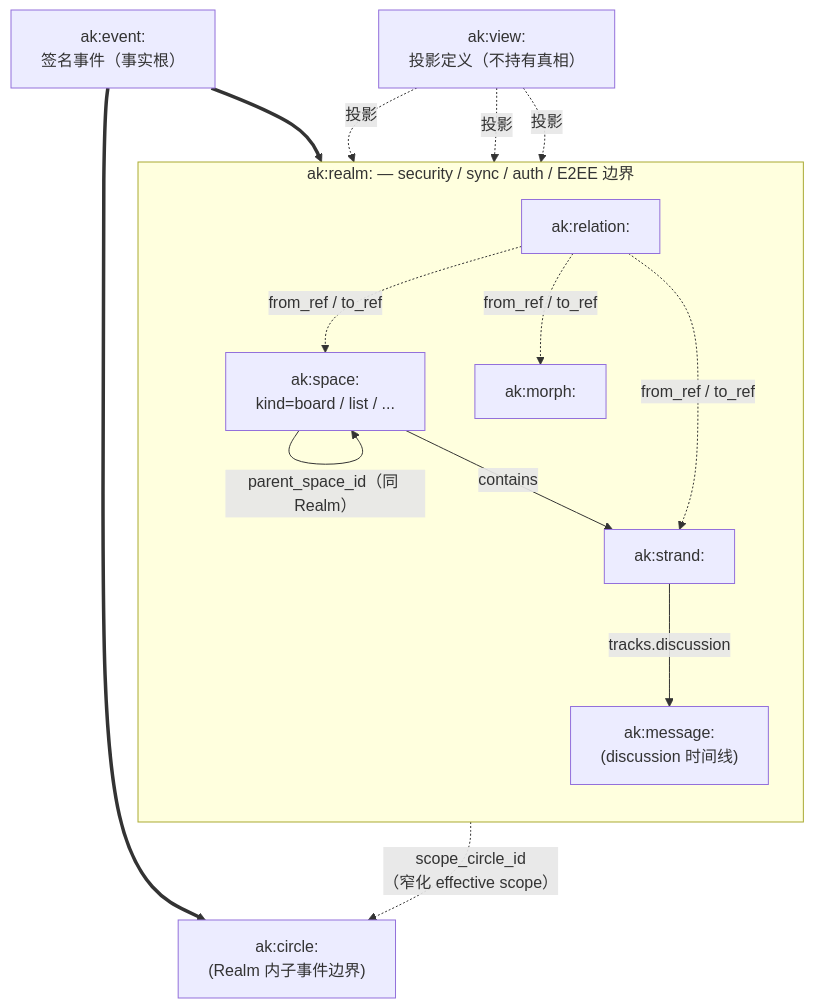
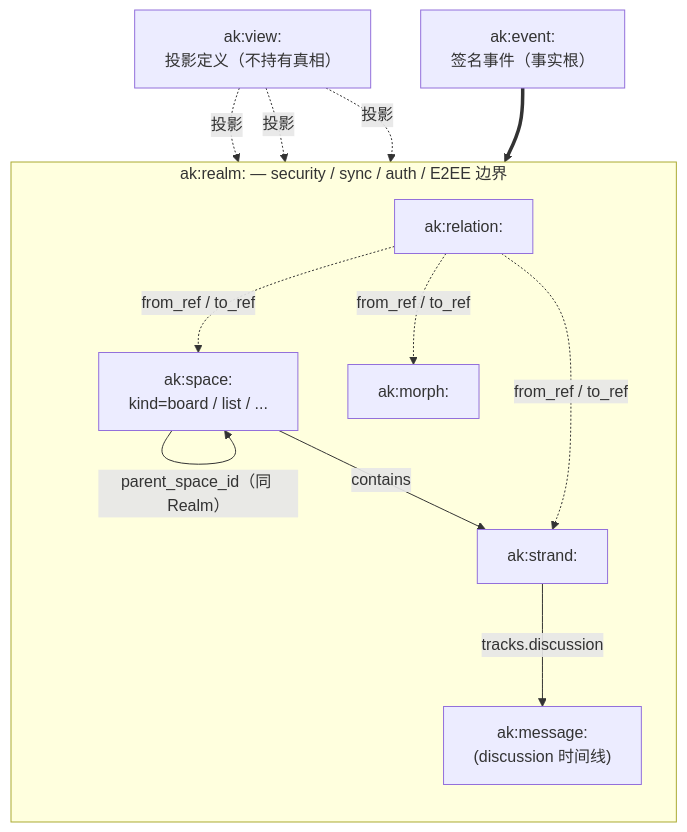
Before and after one commit to arkret-org/arkret-spec: the diagram in spec/v1/zh/models/overview.md, drawn with Mermaid. The commit also changed other lines of this file and 219 other files, not shown here.

Commit message:
移除 Circle 并简化 Realm 内容流、已读策略与 Space 约束

````diff
--- a/spec/v1/zh/models/overview.md
+++ b/spec/v1/zh/models/overview.md
@@ -92,31 +91,28 @@
 ```mermaid
 flowchart TB
     Event["ak:event:<br/>签名事件（事实根）"]
 
     subgraph SP ["ak:realm: — security / sync / auth / E2EE 边界"]
         direction TB
         Space["ak:space:<br/>kind=board / list / ..."]
         Strand["ak:strand:"]
         Morph["ak:morph:"]
         Msg["ak:message:<br/>(discussion 时间线)"]
         Rel["ak:relation:"]
 
         Space -- "contains" --> Strand
         Space -- "parent_space_id（同 Realm）" --> Space
         Strand -- "tracks.discussion" --> Msg
         Rel -. "from_ref / to_ref" .-> Strand
         Rel -. "from_ref / to_ref" .-> Morph
         Rel -. "from_ref / to_ref" .-> Space
     end
 
-    Circle["ak:circle:<br/>(Realm 内子事件边界)"]
-    Strand -. "scope_circle_id<br/>（窄化 effective scope）" .-> Circle
 
     View["ak:view:<br/>投影定义（不持有真相）"]
     View -. "投影" .-> Strand
     View -. "投影" .-> Space
     View -. "投影" .-> Msg
 
     Event ==> SP
-    Event ==> Circle
 ```
````
